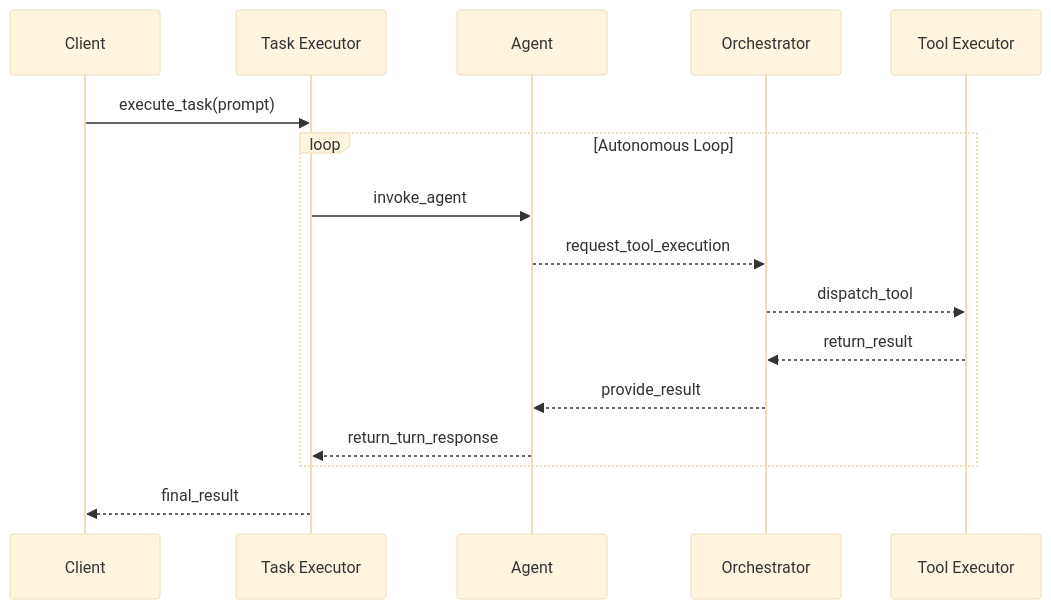
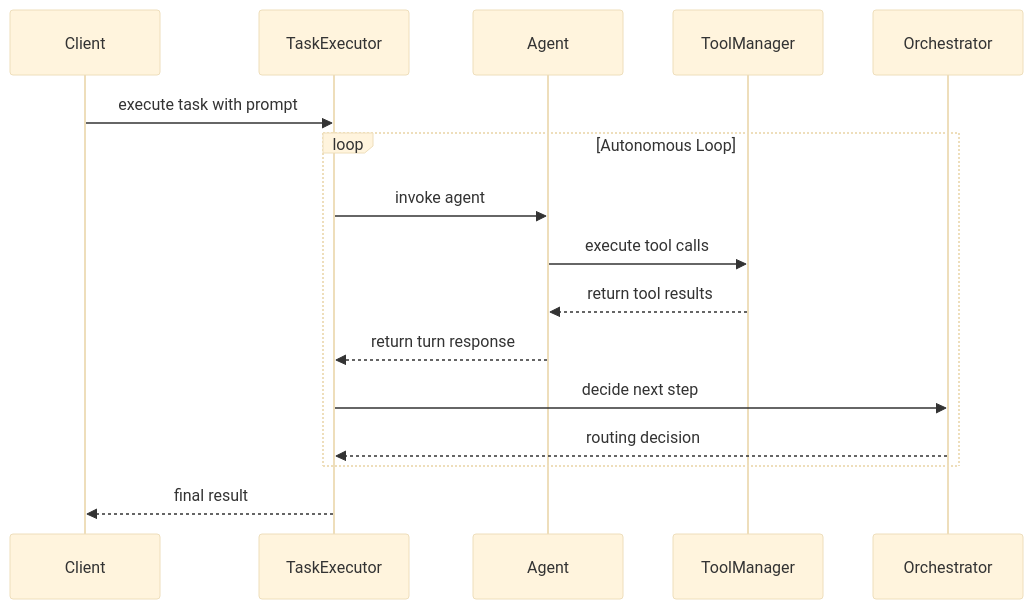
The second of 4 diagrams in docs/content/docs/design/overview.mdx (dustland/roboco), drawn with Mermaid (base theme) before and after one commit. The commit also changed other lines of this file and 4 other files, not shown here.

````diff
--- a/docs/content/docs/design/overview.mdx
+++ b/docs/content/docs/design/overview.mdx
@@ -101,19 +81,19 @@
 ```mermaid
 sequenceDiagram
     participant C as Client
-    participant TX as Task Executor
+    participant TX as TaskExecutor
     participant AG as Agent
+    participant TM as ToolManager
     participant OR as Orchestrator
-    participant TE as Tool Executor
 
-    C->>TX: execute_task(prompt)
+    C->>TX: execute task with prompt
     loop Autonomous Loop
-        TX->>AG: invoke_agent
-        AG-->>OR: request_tool_execution
-        OR-->>TE: dispatch_tool
-        TE-->>OR: return_result
-        OR-->>AG: provide_result
-        AG-->>TX: return_turn_response
+        TX->>AG: invoke agent
+        AG->>TM: execute tool calls
+        TM-->>AG: return tool results
+        AG-->>TX: return turn response
+        TX->>OR: decide next step
+        OR-->>TX: routing decision
     end
-    TX-->>C: final_result
+    TX-->>C: final result
 ```
````
